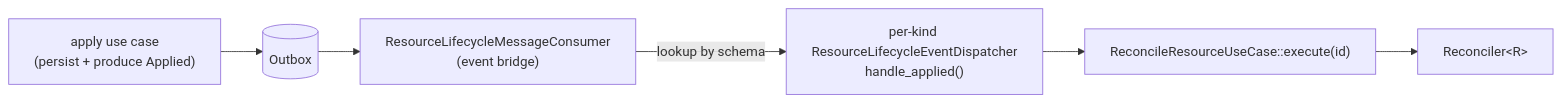
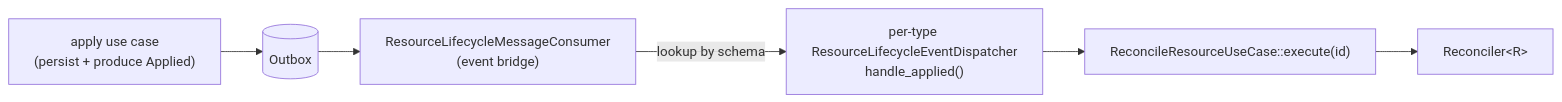
Before and after one commit to kamu-data/kamu-cli: the sixth of 7 diagrams in docs/internal/resources-framework.md, drawn with Mermaid. The commit also changed other lines of this file and 108 other files, not shown here.

Commit message:
Adopting ODF TypeName + introduced selector new types + cleanups of old "kind" terminology

````diff
--- a/docs/internal/resources-framework.md
+++ b/docs/internal/resources-framework.md
@@ -885,8 +888,8 @@
 ```mermaid
 flowchart LR
     A["apply use case<br/>(persist + produce Applied)"] --> OB[("Outbox")]
     OB --> C["ResourceLifecycleMessageConsumer<br/>(event bridge)"]
-    C -->|lookup by schema| D["per-kind ResourceLifecycleEventDispatcher<br/>handle_applied()"]
+    C -->|lookup by schema| D["per-type ResourceLifecycleEventDispatcher<br/>handle_applied()"]
     D --> R["ReconcileResourceUseCase::execute(id)"]
     R --> Rec["Reconciler&lt;R&gt;"]
 ```
````
